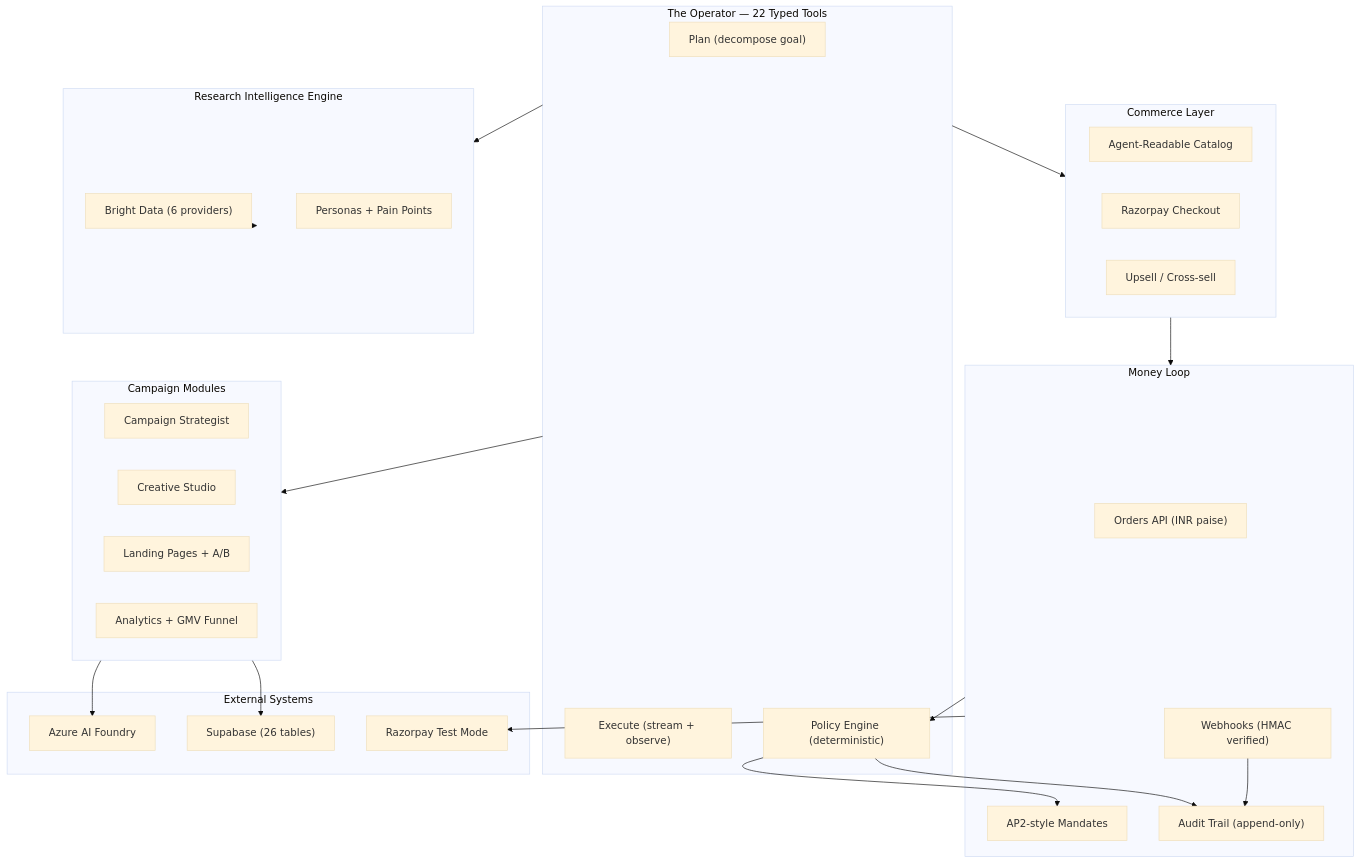
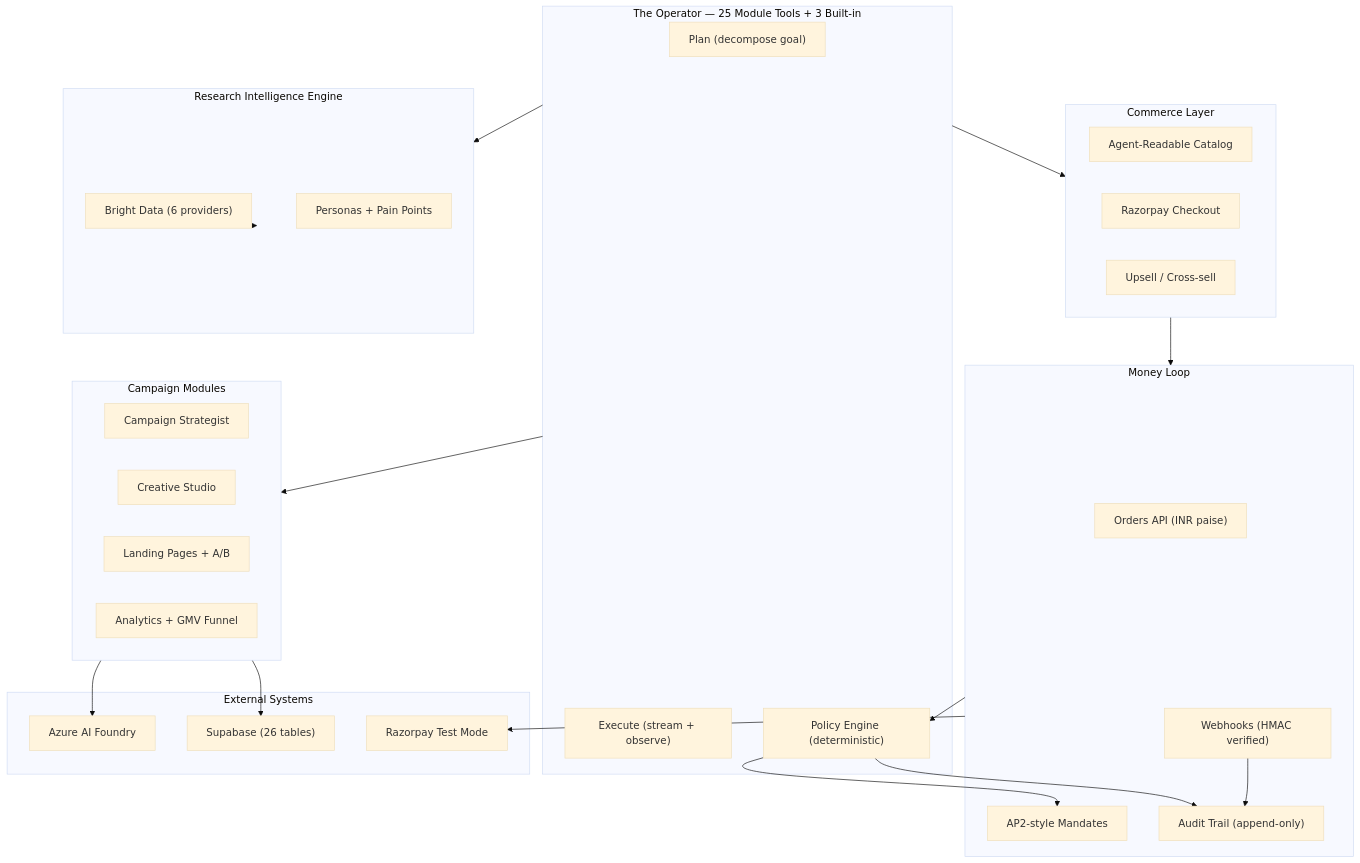
The diagram in README.md (Adit-Jain-srm/Razorpay-AI-Builder), drawn with Mermaid (base theme) before and after one commit. The commit also changed other lines of this file, not shown here.

Commit message:
fix(docs): tool count 22 -> 25 in README diagram and doc links

````diff
--- a/README.md
+++ b/README.md
@@ -30,53 +30,53 @@
 ```mermaid
 flowchart TB
-    subgraph operator [The Operator — 22 Typed Tools]
+    subgraph operator [The Operator — 25 Module Tools + 3 Built-in]
         Plan["Plan (decompose goal)"]
         Execute["Execute (stream + observe)"]
         Policy["Policy Engine (deterministic)"]
     end
 
     subgraph research [Research Intelligence Engine]
         BD["Bright Data (6 providers)"]
         Personas["Personas + Pain Points"]
     end
 
     subgraph commerce [Commerce Layer]
         Catalog["Agent-Readable Catalog"]
         Checkout["Razorpay Checkout"]
         Upsell["Upsell / Cross-sell"]
     end
 
     subgraph money [Money Loop]
         Orders["Orders API (INR paise)"]
         Webhooks["Webhooks (HMAC verified)"]
         Audit["Audit Trail (append-only)"]
         Mandate["AP2-style Mandates"]
     end
 
     subgraph modules [Campaign Modules]
         Campaign["Campaign Strategist"]
         Creative["Creative Studio"]
         Landing["Landing Pages + A/B"]
         Analytics["Analytics + GMV Funnel"]
     end
 
     subgraph external [External Systems]
         Azure["Azure AI Foundry"]
         Razorpay["Razorpay Test Mode"]
         Supabase["Supabase (26 tables)"]
     end
 
     operator --> research
     operator --> modules
     operator --> commerce
     commerce --> money
     money --> Policy
     Policy --> Mandate
     Policy --> Audit
 
     research --> BD
     modules --> Azure
     modules --> Supabase
     money --> Razorpay
     Webhooks --> Audit
 ```
````
